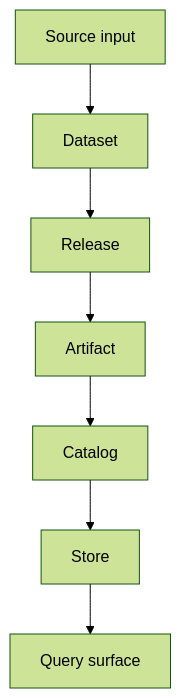
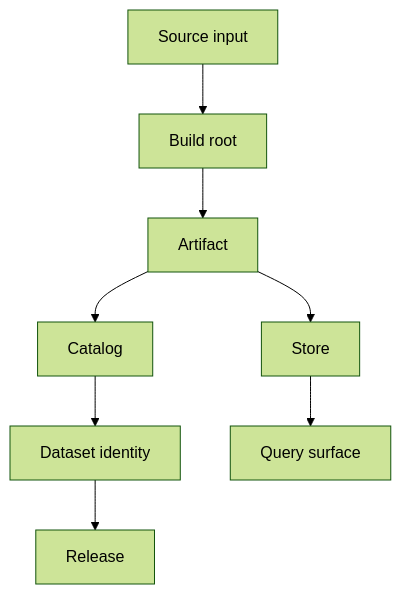
Before and after one commit to bijux/bijux-atlas: the first of 3 diagrams in docs/01-introduction/core-concepts.md, drawn with Mermaid (forest theme). The commit also changed other lines of this file and 4 other files, not shown here.

````diff
--- a/docs/01-introduction/core-concepts.md
+++ b/docs/01-introduction/core-concepts.md
@@ -16,9 +16,10 @@
 ```mermaid
 flowchart TD
-    Input[Source input] --> Dataset[Dataset]
+    Input[Source input] --> BuildRoot[Build root]
+    BuildRoot --> Artifact[Artifact]
+    Artifact --> Catalog[Catalog]
+    Artifact --> Store[Store]
+    Catalog --> Dataset[Dataset identity]
     Dataset --> Release[Release]
-    Release --> Artifact[Artifact]
-    Artifact --> Catalog[Catalog]
-    Catalog --> Store[Store]
     Store --> Query[Query surface]
 ```
````
